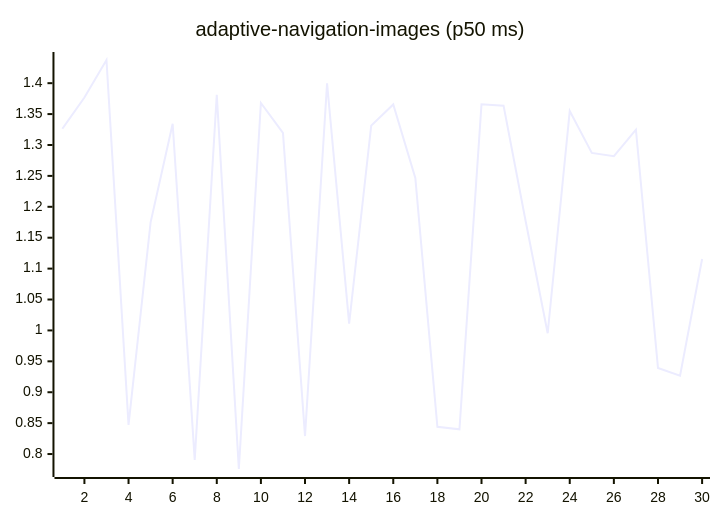
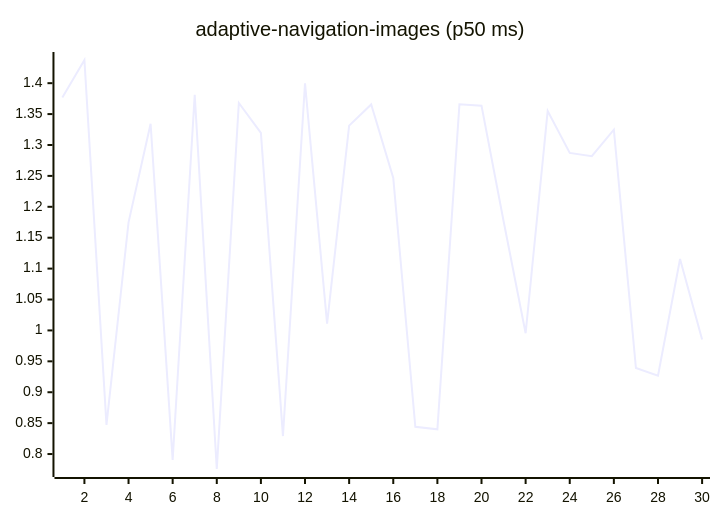
One commit to josha/Facet changed the first of 27 diagrams in README.md. Above: the diagram before and after it, drawn with Mermaid. The commit also changed other lines of this file and 2 other files, not shown here.

````diff
--- a/README.md
+++ b/README.md
@@ -63,6 +63,6 @@
 ```mermaid
 xychart-beta
     title "adaptive-navigation-images (p50 ms)"
     x-axis 1 --> 30
-    line [1.3263, 1.3769, 1.4375, 0.8471, 1.1748, 1.3343, 0.7905, 1.3810, 0.7758, 1.3680, 1.3197, 0.8291, 1.3996, 1.0110, 1.3313, 1.3656, 1.2466, 0.8441, 0.8400, 1.3659, 1.3636, 1.1770, 0.9954, 1.3550, 1.2872, 1.2820, 1.3247, 0.9391, 0.9267, 1.1155]
+    line [1.3769, 1.4375, 0.8471, 1.1748, 1.3343, 0.7905, 1.3810, 0.7758, 1.3680, 1.3197, 0.8291, 1.3996, 1.0110, 1.3313, 1.3656, 1.2466, 0.8441, 0.8400, 1.3659, 1.3636, 1.1770, 0.9954, 1.3550, 1.2872, 1.2820, 1.3247, 0.9391, 0.9267, 1.1155, 0.9853]
 ```
````
